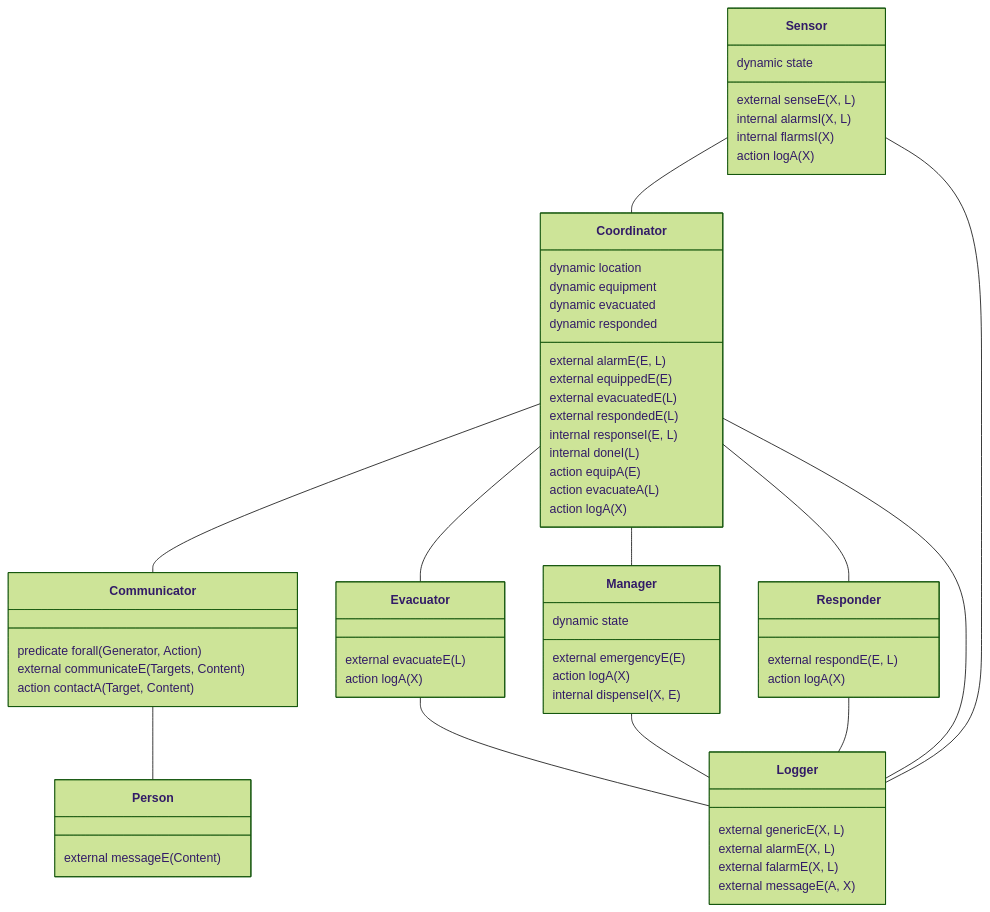
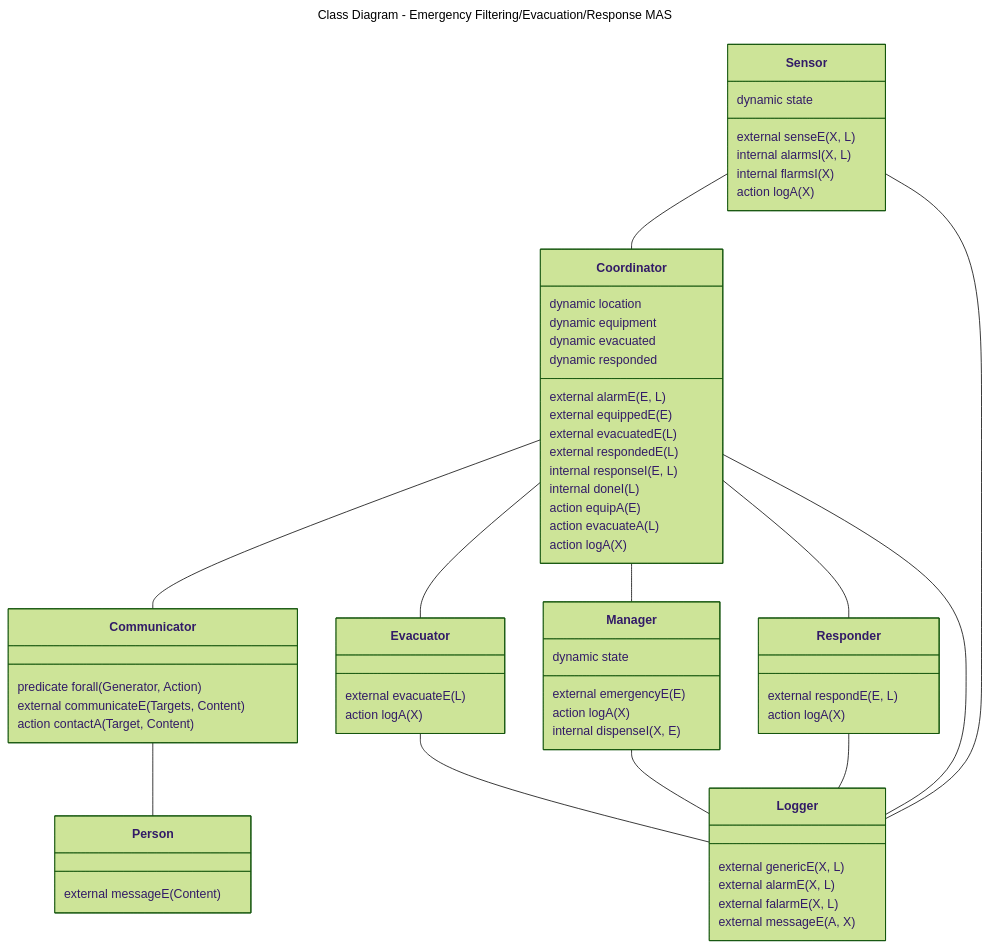
One commit to lollix91/dalia changed the diagram in example/docs/diagrams/class.md. Above: the diagram before and after it, drawn with Mermaid (forest theme). The commit also changed 7 other files, not shown here.

````diff
--- a/example/docs/diagrams/class.md
+++ b/example/docs/diagrams/class.md
@@ -2,60 +2,63 @@
 ```mermaid
+---
+title: Class Diagram - Emergency Filtering/Evacuation/Response MAS
+---
 classDiagram
     direction TB
     Sensor :  dynamic state
     Sensor:   external senseE(X, L)
     Sensor:   internal alarmsI(X, L)
     Sensor:   internal flarmsI(X)
     Sensor:   action   logA(X)
 
     Coordinator :  dynamic location
     Coordinator :  dynamic equipment
     Coordinator :  dynamic evacuated
     Coordinator :  dynamic responded
     Coordinator:   external alarmE(E, L)
     Coordinator:   external equippedE(E)
     Coordinator:   external evacuatedE(L)
     Coordinator:   external respondedE(L)
     Coordinator:   internal responseI(E, L)
     Coordinator:   internal doneI(L)
     Coordinator:   action   equipA(E)
     Coordinator:   action   evacuateA(L)
     Coordinator:   action   logA(X)
 
     Evacuator:   external evacuateE(L)
     Evacuator:   action   logA(X)
 
     Manager :  dynamic state
     Manager:   external emergencyE(E)
     Manager:   action   logA(X)
     Manager:   internal   dispenseI(X, E)
 
     Responder:   external respondE(E, L)
     Responder:   action   logA(X)
 
 
     Communicator:   predicate forall(Generator, Action)
     Communicator:   external communicateE(Targets, Content)
     Communicator:   action   contactA(Target, Content)
 
     Person:   external messageE(Content)
 
     Logger:   external genericE(X, L)
     Logger:   external alarmE(X, L)
     Logger:   external falarmE(X, L)
     Logger:   external messageE(A, X)
 
     Sensor -- Coordinator
     Coordinator -- Communicator
     Coordinator -- Evacuator
     Coordinator -- Manager
     Coordinator -- Responder
 
     Communicator -- Person
 
     Sensor -- Logger
     Coordinator -- Logger
     Evacuator -- Logger
     Manager -- Logger
     Responder -- Logger
 ```
````
